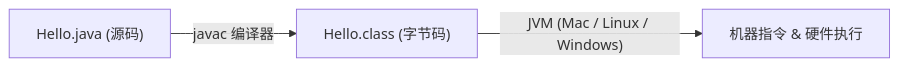
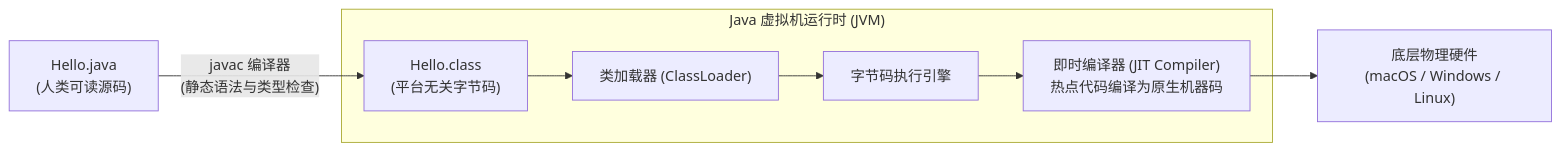
One commit to easonlines2007/easonlin-blog changed the diagram in src/content/notes/CS61B/lecture-01.md. Above: the diagram before and after it, drawn with Mermaid. The commit also changed other lines of this file and 230 other files, not shown here.

````diff
--- a/src/content/notes/CS61B/lecture-01.md
+++ b/src/content/notes/CS61B/lecture-01.md
@@ -59,5 +57,10 @@
 ```mermaid
-graph LR
-    A["Hello.java (源码)"] -->|"javac 编译器"| B["Hello.class (字节码)"]
-    B -->|"JVM (Mac / Linux / Windows)"| C["机器指令 & 硬件执行"]
+flowchart LR
+    A["Hello.java<br>(人类可读源码)"] -->|"javac 编译器<br>(静态语法与类型检查)"| B["Hello.class<br>(平台无关字节码)"]
+    subgraph JVM ["Java 虚拟机运行时 (JVM)"]
+        B --> C["类加载器 (ClassLoader)"]
+        C --> D["字节码执行引擎"]
+        D --> E["即时编译器 (JIT Compiler)<br>热点代码编译为原生机器码"]
+    end
+    E --> F["底层物理硬件<br>(macOS / Windows / Linux)"]
 ```
````
